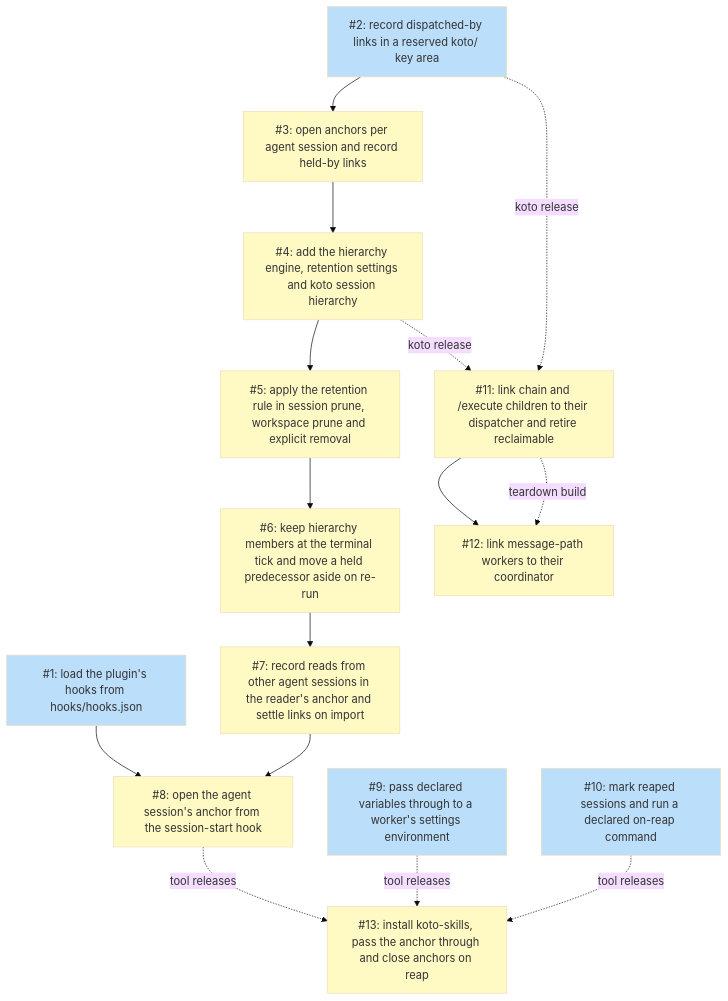
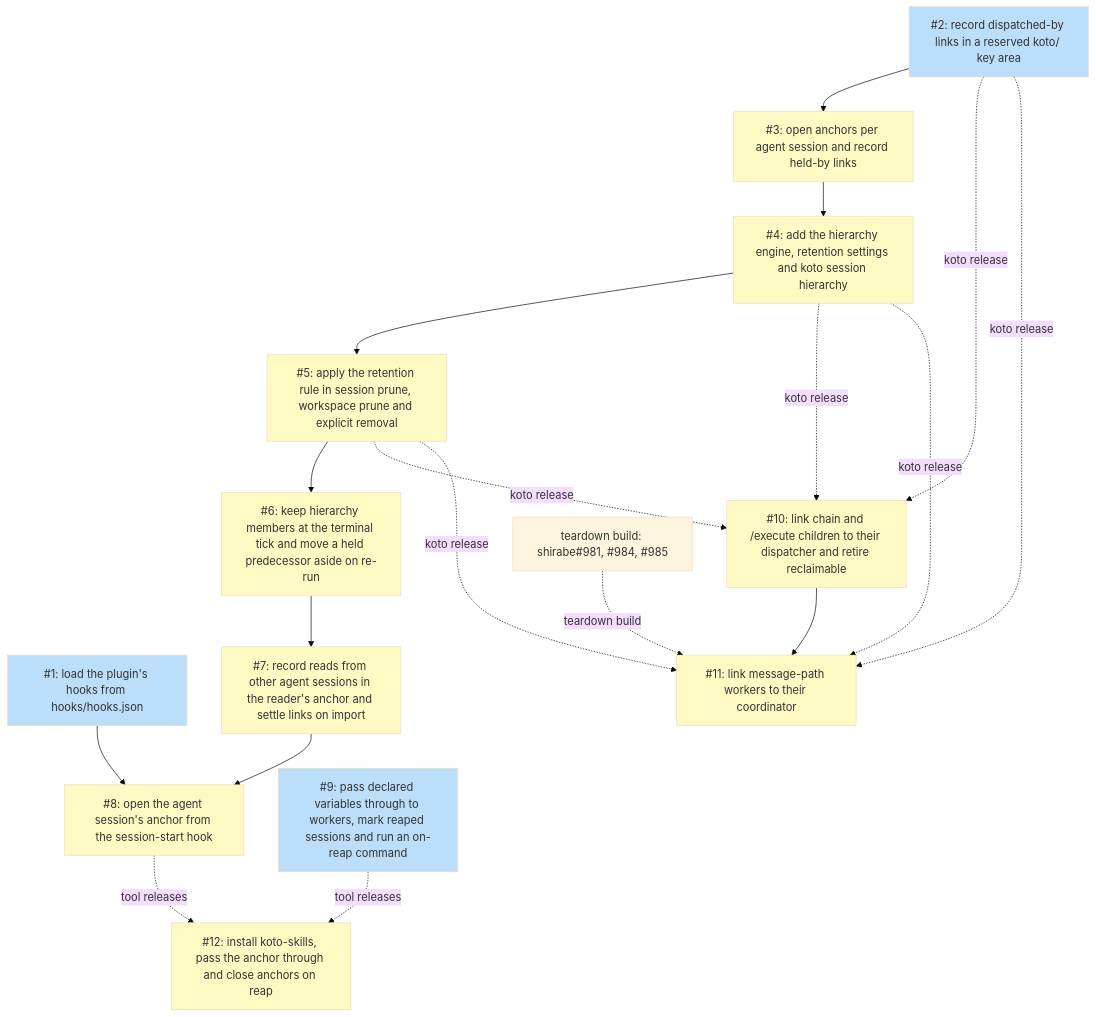
Before and after one commit to tsukumogami/koto: the diagram in docs/plans/PLAN-session-retention.md, drawn with Mermaid (base theme). The commit also changed other lines of this file and 2 other files, not shown here.

````diff
--- a/docs/plans/PLAN-session-retention.md
+++ b/docs/plans/PLAN-session-retention.md
@@ -543,37 +550,40 @@
 ```mermaid
 graph TD
     I1["#1: load the plugin's hooks from hooks/hooks.json"]
     I2["#2: record dispatched-by links in a reserved koto/ key area"]
     I3["#3: open anchors per agent session and record held-by links"]
     I4["#4: add the hierarchy engine, retention settings and koto session hierarchy"]
     I5["#5: apply the retention rule in session prune, workspace prune and explicit removal"]
     I6["#6: keep hierarchy members at the terminal tick and move a held predecessor aside on re-run"]
     I7["#7: record reads from other agent sessions in the reader's anchor and settle links on import"]
     I8["#8: open the agent session's anchor from the session-start hook"]
-    I9["#9: pass declared variables through to a worker's settings environment"]
-    I10["#10: mark reaped sessions and run a declared on-reap command"]
-    I11["#11: link chain and /execute children to their dispatcher and retire reclaimable"]
-    I12["#12: link message-path workers to their coordinator"]
-    I13["#13: install koto-skills, pass the anchor through and close anchors on reap"]
+    I9["#9: pass declared variables through to workers, mark reaped sessions and run an on-reap command"]
+    I10["#10: link chain and /execute children to their dispatcher and retire reclaimable"]
+    I11["#11: link message-path workers to their coordinator"]
+    I12["#12: install koto-skills, pass the anchor through and close anchors on reap"]
     I2 --> I3
     I3 --> I4
     I4 --> I5
     I5 --> I6
     I6 --> I7
     I1 --> I8
     I7 --> I8
-    I11 --> I12
+    I10 --> I11
+    I2 -.->|koto release| I10
+    I4 -.->|koto release| I10
+    I5 -.->|koto release| I10
     I2 -.->|koto release| I11
     I4 -.->|koto release| I11
-    I11 -.->|teardown build| I12
-    I8 -.->|tool releases| I13
-    I10 -.->|tool releases| I13
-    I9 -.->|tool releases| I13
+    I5 -.->|koto release| I11
+    T["teardown build: shirabe#981, #984, #985"]
+    T -.->|teardown build| I11
+    I8 -.->|tool releases| I12
+    I9 -.->|tool releases| I12
 
     classDef done fill:#c8e6c9
     classDef ready fill:#bbdefb
     classDef blocked fill:#fff9c4
 
-    class I1,I2,I9,I10 ready
-    class I3,I4,I5,I6,I7,I8,I11,I12,I13 blocked
+    class I1,I2,I9 ready
+    class I3,I4,I5,I6,I7,I8,I10,I11,I12 blocked
 ```
````
